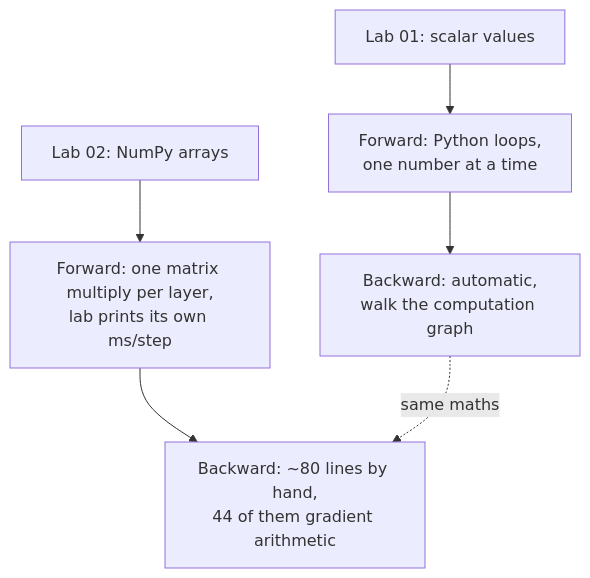
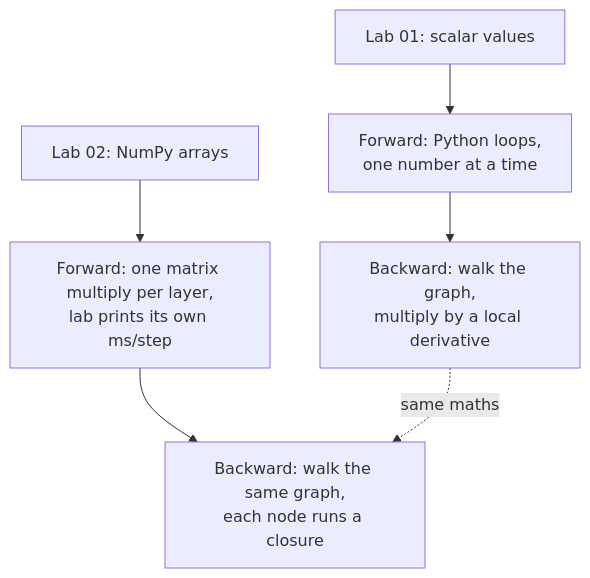
One commit to danilop/micro-gpt-and-beyond changed the diagram in walk-the-code/diagrams/compare_foundations.mmd. Above: the diagram before and after it, drawn with Mermaid. The commit also changed 14 other files, not shown here.

```diff
--- a/walk-the-code/diagrams/compare_foundations.mmd
+++ b/walk-the-code/diagrams/compare_foundations.mmd
@@ -1,6 +1,6 @@
 graph TD
     A1["Lab 01: scalar values"] --> B1["Forward: Python loops,<br/>one number at a time"]
-    B1 --> C1["Backward: automatic,<br/>walk the computation graph"]
+    B1 --> C1["Backward: walk the graph,<br/>multiply by a local derivative"]
     A2["Lab 02: NumPy arrays"] --> B2["Forward: one matrix multiply per layer,<br/>lab prints its own ms/step"]
-    B2 --> C2["Backward: ~80 lines by hand,<br/>44 of them gradient arithmetic"]
+    B2 --> C2["Backward: walk the same graph,<br/>each node runs a closure"]
     C1 -.->|same maths| C2
```
